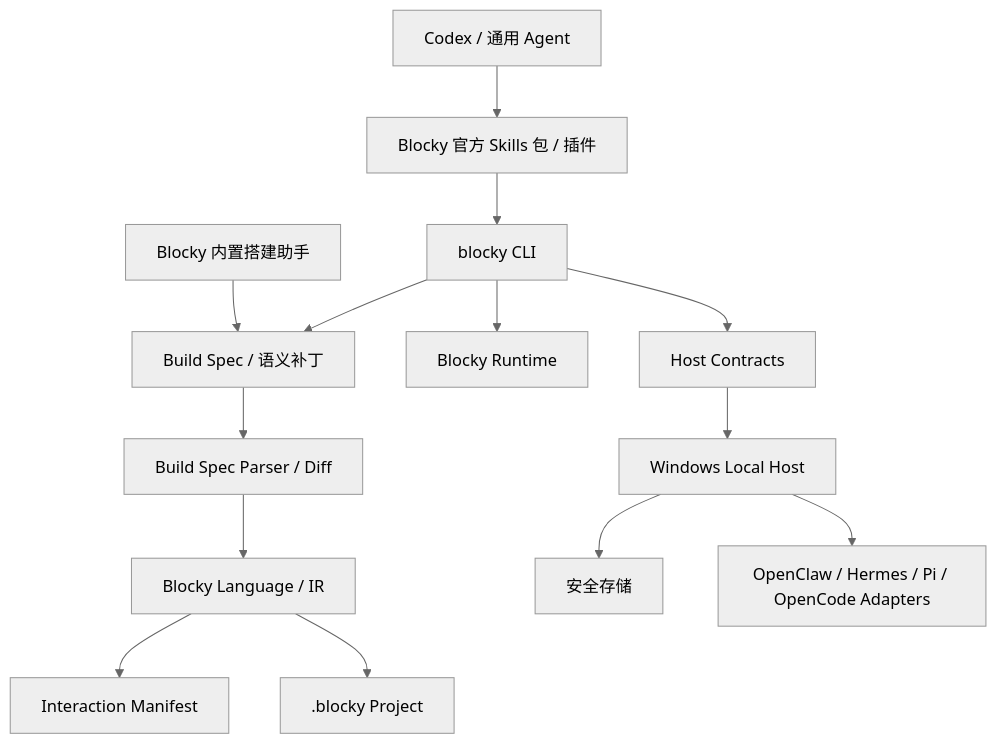
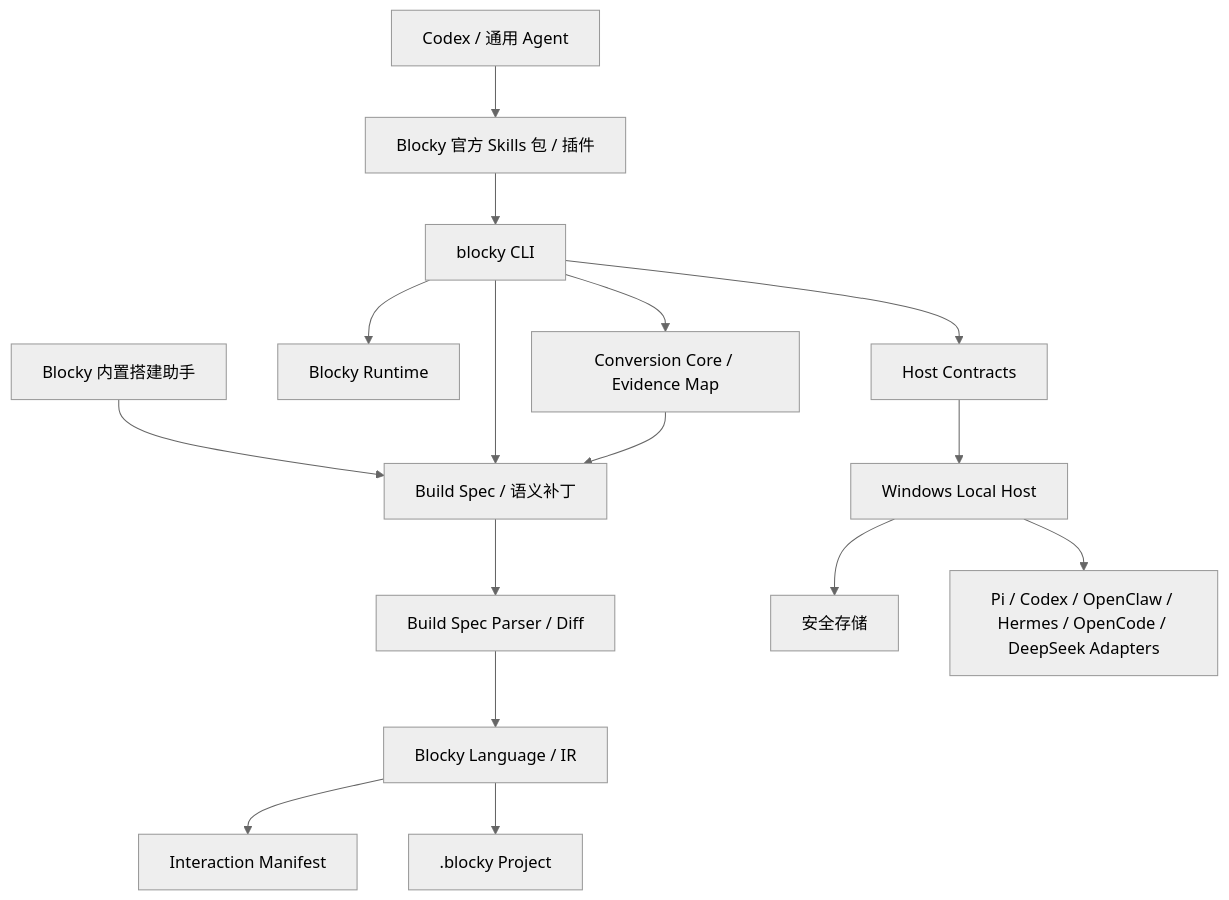
One commit to q2955161835-debug/Blocky-AI changed the diagram in doc/技术设计/ADR-003-CLI与官方Agent-Skill接口.md. Above: the diagram before and after it, drawn with Mermaid (neutral theme). The commit also changed other lines of this file and 18 other files, not shown here.

````diff
--- a/doc/技术设计/ADR-003-CLI与官方Agent-Skill接口.md
+++ b/doc/技术设计/ADR-003-CLI与官方Agent-Skill接口.md
@@ -33,16 +35,18 @@
 ```mermaid
 flowchart TB
   Builder["Blocky 内置搭建助手"] --> Patch["Build Spec / 语义补丁"]
   Agent["Codex / 通用 Agent"] --> Skills["Blocky 官方 Skills 包 / 插件"]
   Skills --> CLI["blocky CLI"]
   CLI --> Patch
   Patch --> Spec["Build Spec Parser / Diff"]
   Spec --> Language["Blocky Language / IR"]
   Language --> Interaction["Interaction Manifest"]
   CLI --> Runtime["Blocky Runtime"]
   CLI --> HostContract["Host Contracts"]
   HostContract --> LocalHost["Windows Local Host"]
   LocalHost --> Secrets["安全存储"]
-  LocalHost --> Compat["OpenClaw / Hermes / Pi / OpenCode Adapters"]
+  LocalHost --> Compat["Pi / Codex / OpenClaw / Hermes / OpenCode / DeepSeek Adapters"]
+  CLI --> Convert["Conversion Core / Evidence Map"]
+  Convert --> Patch
   Language --> Project[".blocky Project"]
 ```
````
